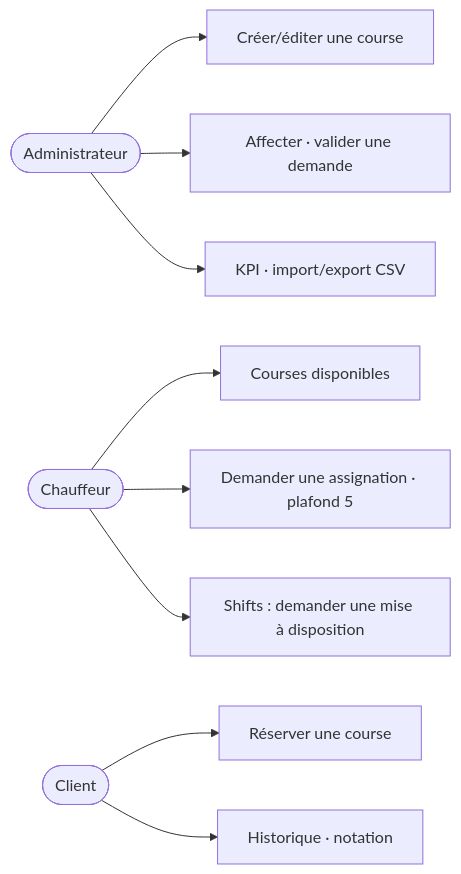
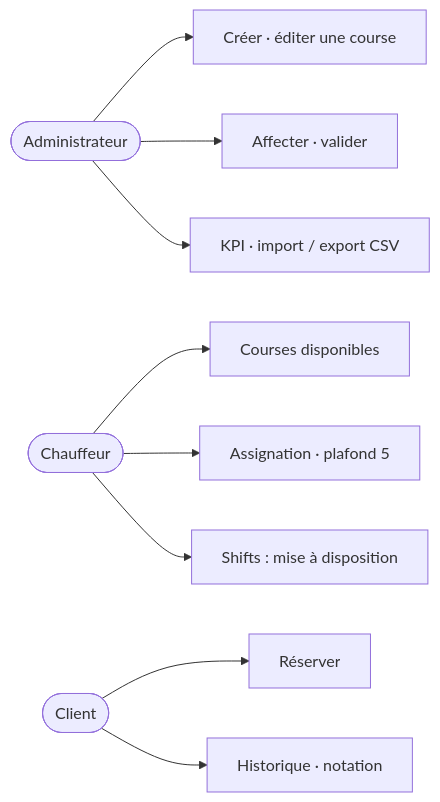
One commit to Mamoru-fr/AMT-Express changed the second of 9 diagrams in documents/dossiers/dossierProjet/v1-complet/dossierProjetRNCP.md. Above: the diagram before and after it, drawn with Mermaid. The commit also changed other lines of this file, not shown here.

Commit message:
docs(dossier): passe rendu n°5 — schémas restructurés réellement compacts (caps retirés, plus de coupures), ordre §5.3 chauffeur→clients→états, statut 18/18 retiré, captures navigateur pleine largeur

````diff
--- a/documents/dossiers/dossierProjet/v1-complet/dossierProjetRNCP.md
+++ b/documents/dossiers/dossierProjet/v1-complet/dossierProjetRNCP.md
@@ -299,7 +297,7 @@
 ```mermaid
 %%{init: {"flowchart": {"fontSize": "11px"}}}%%
 flowchart LR
-    Admin([Administrateur]) --> UC1[Créer/éditer une course] & UC2[Affecter · valider une demande] & UC3[KPI · import/export CSV]
-    Driver([Chauffeur]) --> UC4[Courses disponibles] & UC5[Demander une assignation · plafond 5] & UC6[Shifts : demander une mise à disposition]
-    Customer([Client]) --> UC7[Réserver une course] & UC8[Historique · notation]
+    Admin([Administrateur]) --> UC1[Créer · éditer une course] & UC2[Affecter · valider] & UC3[KPI · import / export CSV]
+    Driver([Chauffeur]) --> UC4[Courses disponibles] & UC5[Assignation · plafond 5] & UC6[Shifts : mise à disposition]
+    Customer([Client]) --> UC7[Réserver] & UC8[Historique · notation]
 ```
````
